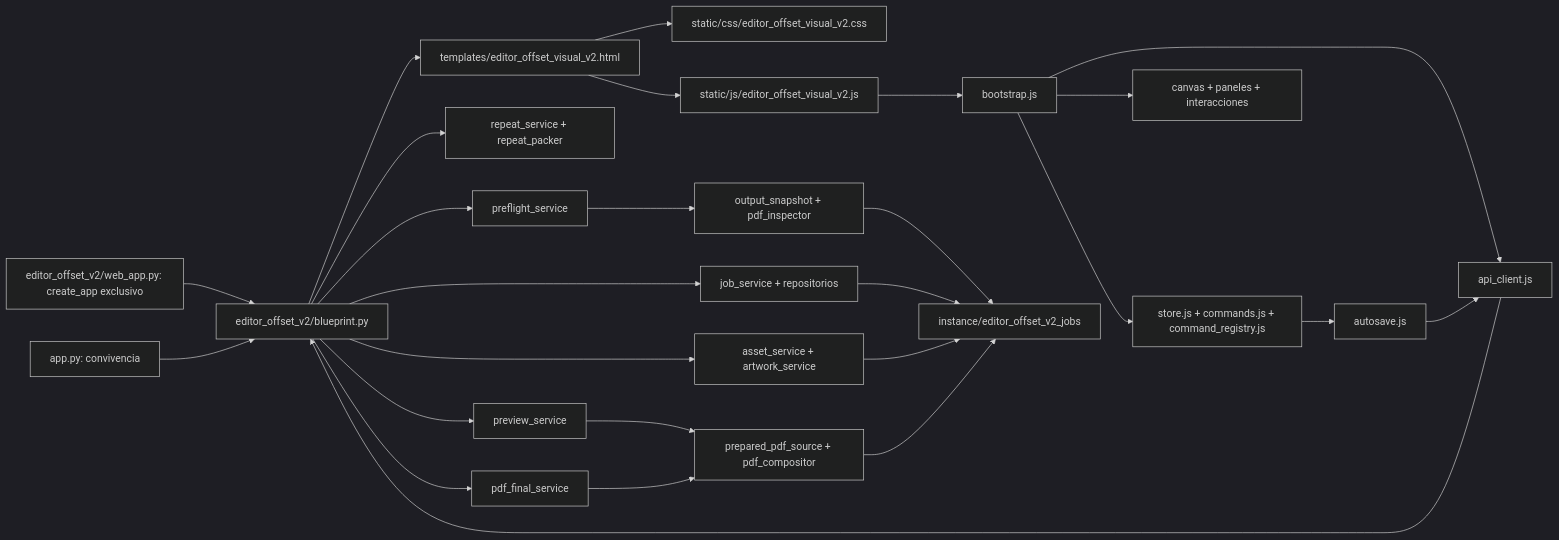
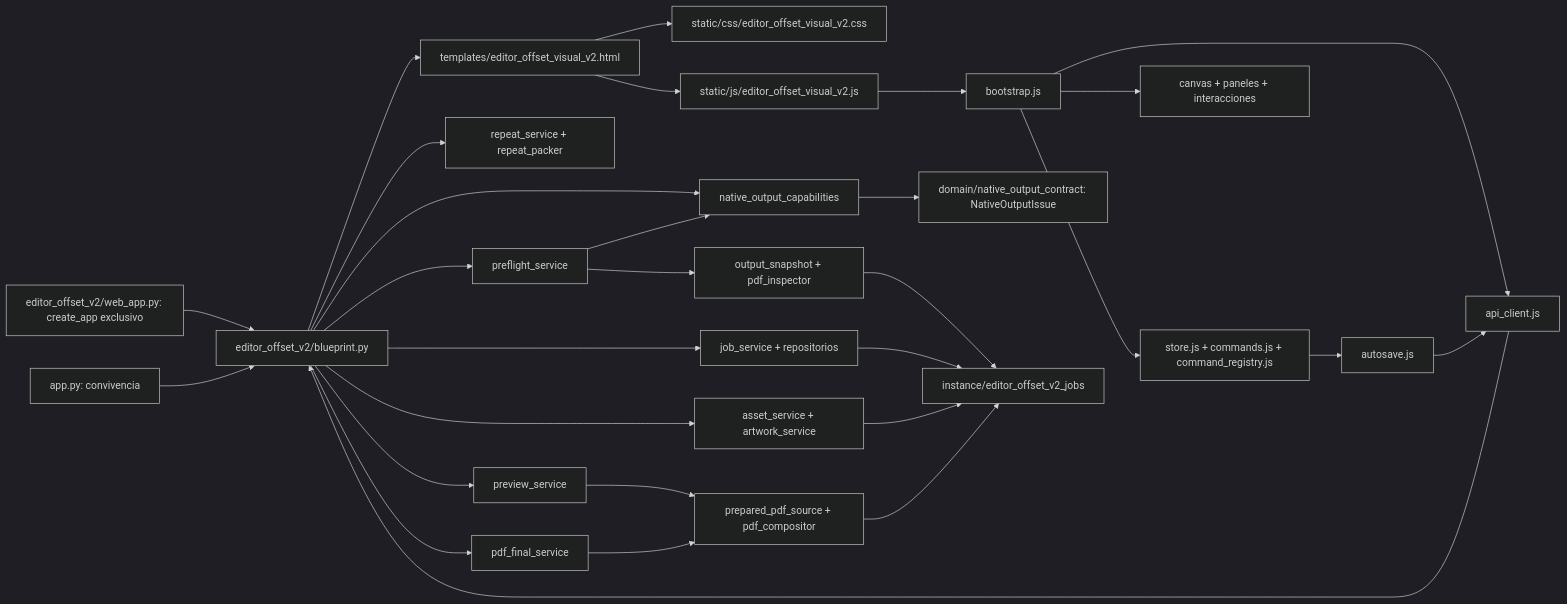
The diagram in DOCS/OFFSET/V2/44_MAPA_CONEXIONES_EDITOR_OFFSET_V2.md (Anibalmartineez/revista-montaje-ai), drawn with Mermaid (dark theme) before and after one commit. The commit also changed other lines of this file and 13 other files, not shown here.

````diff
--- a/DOCS/OFFSET/V2/44_MAPA_CONEXIONES_EDITOR_OFFSET_V2.md
+++ b/DOCS/OFFSET/V2/44_MAPA_CONEXIONES_EDITOR_OFFSET_V2.md
@@ -7,28 +7,31 @@
 ```mermaid
 flowchart LR
   HOST[editor_offset_v2/web_app.py: create_app exclusivo] --> BP[editor_offset_v2/blueprint.py]
   APP[app.py: convivencia] --> BP
   BP --> HTML[templates/editor_offset_visual_v2.html]
   HTML --> CSS[static/css/editor_offset_visual_v2.css]
   HTML --> ENTRY[static/js/editor_offset_visual_v2.js]
   ENTRY --> BOOT[bootstrap.js]
   BOOT --> STORE[store.js + commands.js + command_registry.js]
   BOOT --> UI[canvas + paneles + interacciones]
   BOOT --> API[api_client.js]
   STORE --> SAVE[autosave.js]
   SAVE --> API
   API --> BP
   BP --> JOB[job_service + repositorios]
   BP --> ASSET[asset_service + artwork_service]
   BP --> REPEAT[repeat_service + repeat_packer]
   BP --> PREF[preflight_service]
+  BP --> CAP[native_output_capabilities]
+  PREF --> CAP
+  CAP --> DTO[domain/native_output_contract: NativeOutputIssue]
   BP --> PREVIEW[preview_service]
   BP --> PDF[pdf_final_service]
   PREF --> SNAP[output_snapshot + pdf_inspector]
   PREVIEW --> COMPOSE[prepared_pdf_source + pdf_compositor]
   PDF --> COMPOSE
   SNAP --> FILES[instance/editor_offset_v2_jobs]
   JOB --> FILES
   ASSET --> FILES
   COMPOSE --> FILES
 ```
````
